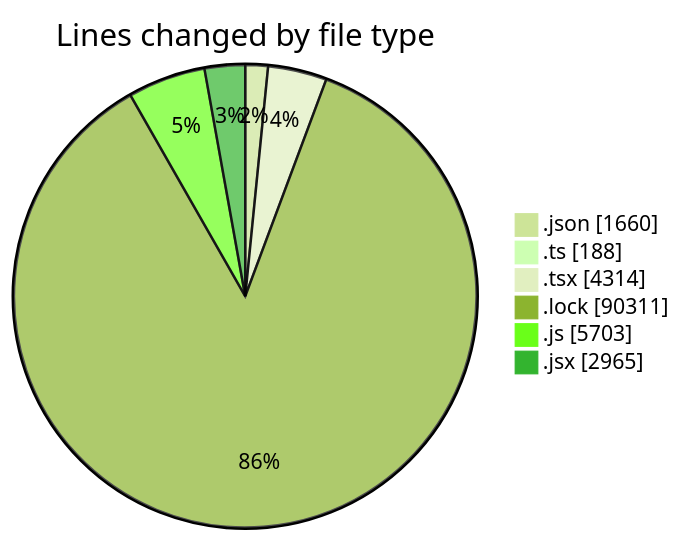
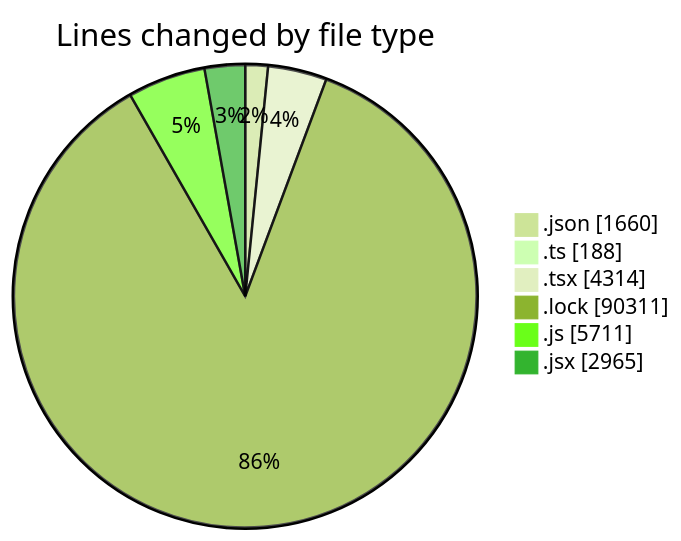
One commit to momahboobian/code-tracking changed the first of 2 diagrams in 2025-05-07/cda/README.md. Above: the diagram before and after it, drawn with Mermaid (forest theme). The commit also changed other lines of this file and 1 other file, not shown here.

````diff
--- a/2025-05-07/cda/README.md
+++ b/2025-05-07/cda/README.md
@@ -106,10 +106,10 @@
 ```mermaid
 pie showData
 title Lines changed by file type
 ".json" : 1660
 ".ts" : 188
 ".tsx" : 4314
 ".lock" : 90311
-".js" : 5703
+".js" : 5711
 ".jsx" : 2965
 ```
````
